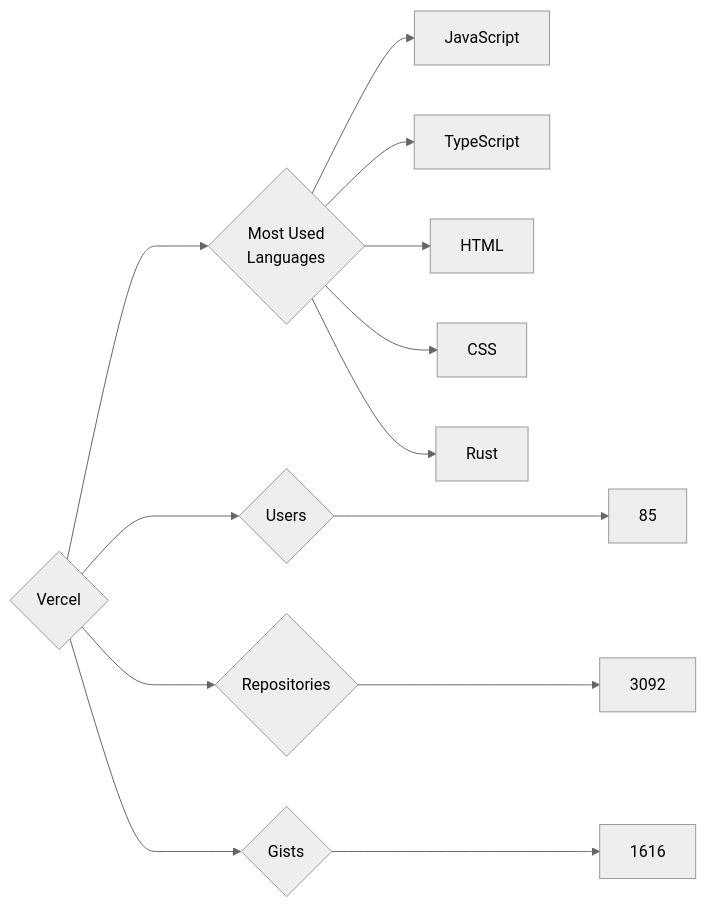
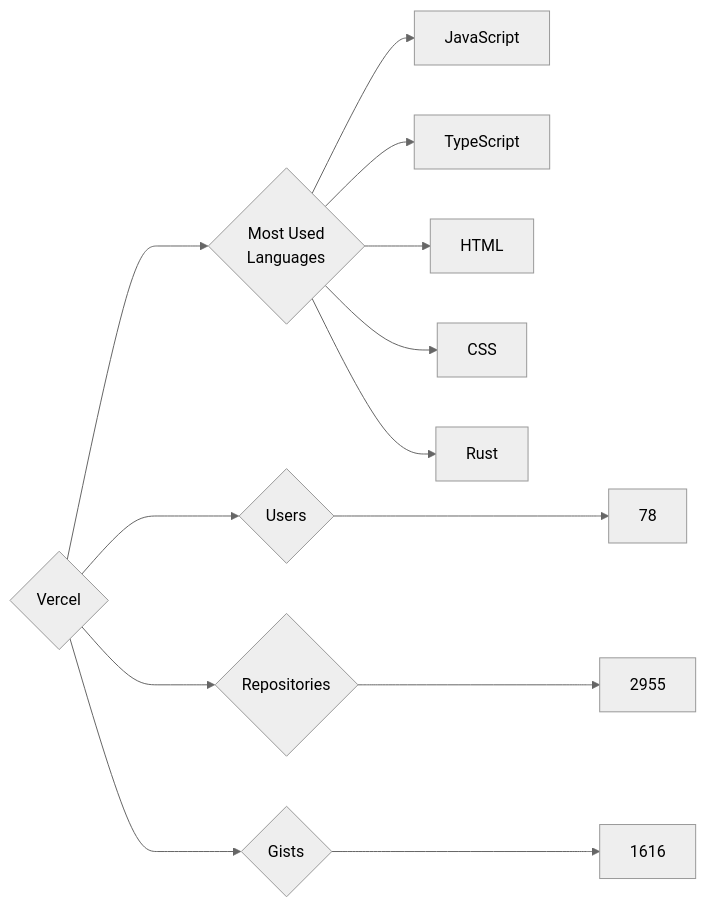
One commit to trickest/insiders changed the diagram in targets/Vercel/README.md. Above: the diagram before and after it, drawn with Mermaid (neutral theme). The commit also changed 682 other files, not shown here.

````diff
--- a/targets/Vercel/README.md
+++ b/targets/Vercel/README.md
@@ -3,13 +3,13 @@
 ```mermaid
 graph LR
 COMPANY_NAME{Vercel}
-COMPANY_NAME ---> U{Users} ---> UN[85]
-COMPANY_NAME ---> R{Repositories} ---> RN[3092]
+COMPANY_NAME ---> U{Users} ---> UN[78]
+COMPANY_NAME ---> R{Repositories} ---> RN[2955]
 COMPANY_NAME ---> G{Gists} ---> GN[1616]
 COMPANY_NAME ---> ML{Most Used<br>Languages}
 ML --> JavaScript[JavaScript]
 ML --> TypeScript[TypeScript]
 ML --> HTML[HTML]
 ML --> CSS[CSS]
 ML --> Rust[Rust]
 ```
````
